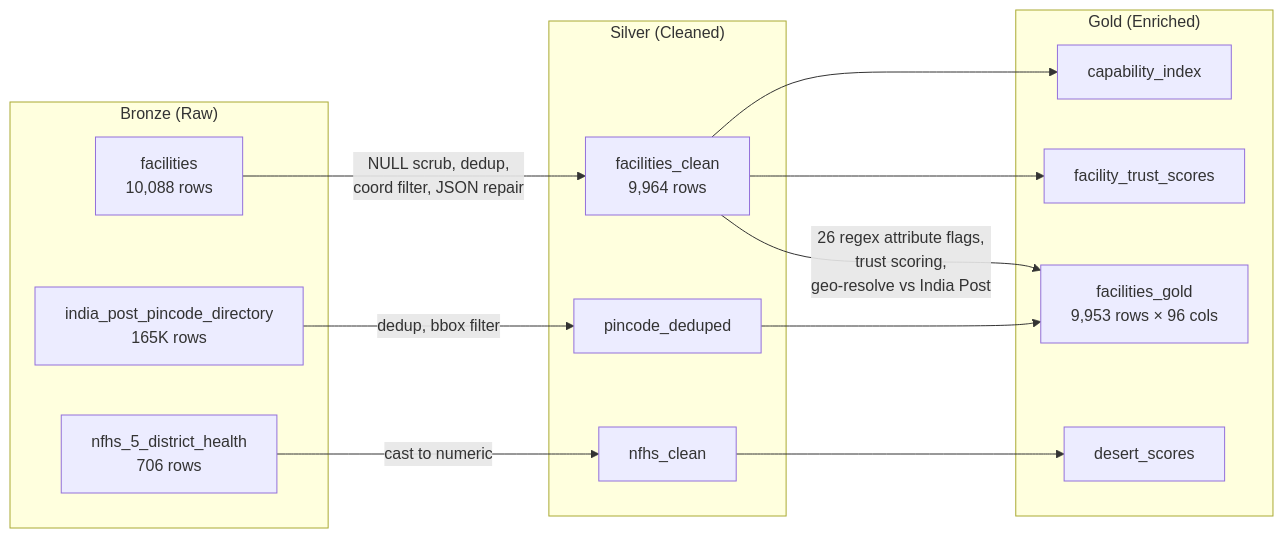
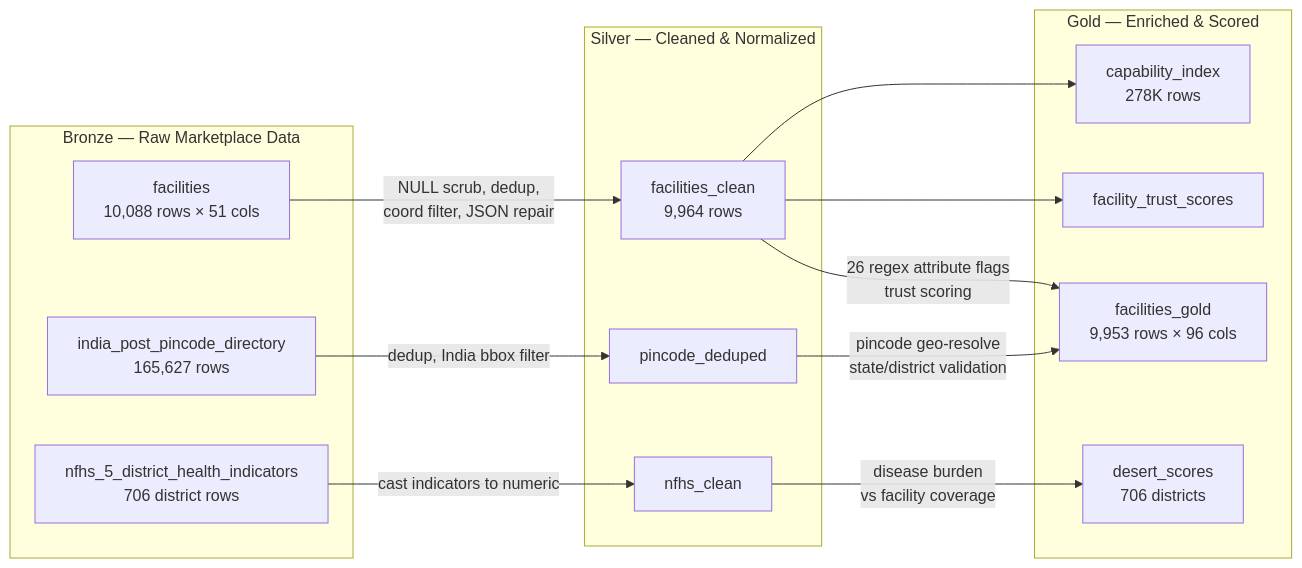
One commit to rahulsingh-data-ai/databricks-team-nike changed the first of 5 diagrams in docs/DEMO-FLOW.md. Above: the diagram before and after it, drawn with Mermaid. The commit also changed other lines of this file, not shown here.

Commit message:
Expand DEMO-FLOW: source table usage, all 4 Mermaid diagrams, step explanations

````diff
--- a/docs/DEMO-FLOW.md
+++ b/docs/DEMO-FLOW.md
@@ -5,31 +5,31 @@
 ```mermaid
 flowchart LR
-    subgraph Bronze["Bronze (Raw)"]
-        B1[facilities\n10,088 rows]
-        B2[india_post_pincode_directory\n165K rows]
-        B3[nfhs_5_district_health\n706 rows]
+    subgraph Bronze["Bronze — Raw Marketplace Data"]
+        B1["facilities\n10,088 rows × 51 cols"]
+        B2["india_post_pincode_directory\n165,627 rows"]
+        B3["nfhs_5_district_health_indicators\n706 district rows"]
     end
 
-    subgraph Silver["Silver (Cleaned)"]
-        S1[facilities_clean\n9,964 rows]
-        S2[pincode_deduped]
-        S3[nfhs_clean]
+    subgraph Silver["Silver — Cleaned & Normalized"]
+        S1["facilities_clean\n9,964 rows"]
+        S2["pincode_deduped"]
+        S3["nfhs_clean"]
     end
 
-    subgraph Gold["Gold (Enriched)"]
-        G1[facilities_gold\n9,953 rows × 96 cols]
-        G2[facility_trust_scores]
-        G3[desert_scores]
-        G4[capability_index]
+    subgraph Gold["Gold — Enriched & Scored"]
+        G1["facilities_gold\n9,953 rows × 96 cols"]
+        G2["facility_trust_scores"]
+        G3["desert_scores\n706 districts"]
+        G4["capability_index\n278K rows"]
     end
 
     B1 -->|"NULL scrub, dedup,\ncoord filter, JSON repair"| S1
-    B2 -->|"dedup, bbox filter"| S2
-    B3 -->|"cast to numeric"| S3
+    B2 -->|"dedup, India bbox filter"| S2
+    B3 -->|"cast indicators to numeric"| S3
 
-    S1 -->|"26 regex attribute flags,\ntrust scoring,\ngeo-resolve vs India Post"| G1
+    S1 -->|"26 regex attribute flags\ntrust scoring"| G1
     S1 --> G2
-    S2 --> G1
-    S3 --> G3
+    S2 -->|"pincode geo-resolve\nstate/district validation"| G1
+    S3 -->|"disease burden\nvs facility coverage"| G3
     S1 --> G4
 ```
````
